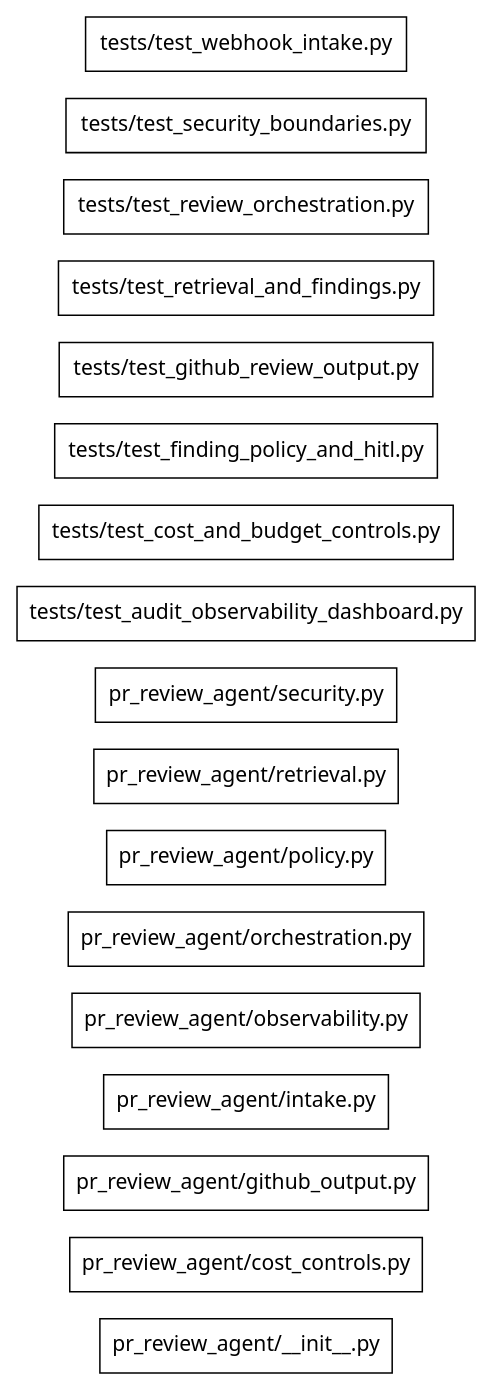
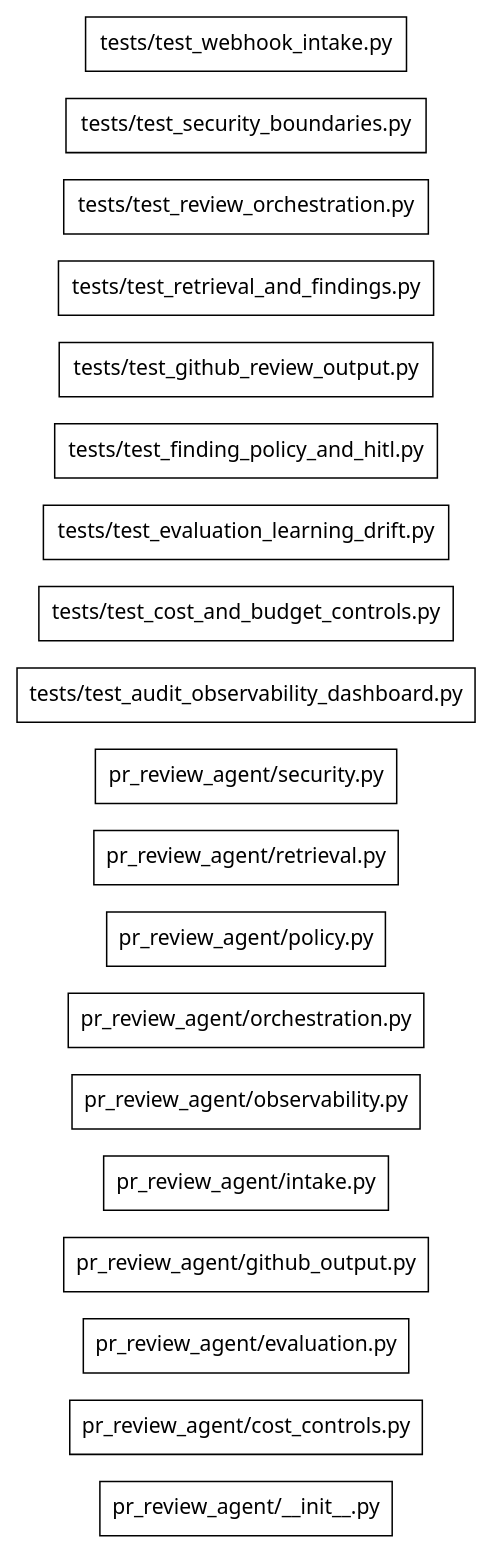
The diagram in .genesis/index/graph.dot (Ayush-Kant/PR-Review-Agent), drawn with Graphviz before and after one commit. The commit also changed 11 other files, not shown here.

Commit message:
feat: add evaluation and drift controls

```diff
--- a/.genesis/index/graph.dot
+++ b/.genesis/index/graph.dot
@@ -1,22 +1,24 @@
 digraph genesis {
   rankdir=LR;
   node [shape=box,fontname="system-ui"];
   "file:pr_review_agent/__init__.py" [label="pr_review_agent/__init__.py",class="file"];
   "file:pr_review_agent/cost_controls.py" [label="pr_review_agent/cost_controls.py",class="file"];
+  "file:pr_review_agent/evaluation.py" [label="pr_review_agent/evaluation.py",class="file"];
   "file:pr_review_agent/github_output.py" [label="pr_review_agent/github_output.py",class="file"];
   "file:pr_review_agent/intake.py" [label="pr_review_agent/intake.py",class="file"];
   "file:pr_review_agent/observability.py" [label="pr_review_agent/observability.py",class="file"];
   "file:pr_review_agent/orchestration.py" [label="pr_review_agent/orchestration.py",class="file"];
   "file:pr_review_agent/policy.py" [label="pr_review_agent/policy.py",class="file"];
   "file:pr_review_agent/retrieval.py" [label="pr_review_agent/retrieval.py",class="file"];
   "file:pr_review_agent/security.py" [label="pr_review_agent/security.py",class="file"];
   "file:tests/test_audit_observability_dashboard.py" [label="tests/test_audit_observability_dashboard.py",class="file"];
   "file:tests/test_cost_and_budget_controls.py" [label="tests/test_cost_and_budget_controls.py",class="file"];
+  "file:tests/test_evaluation_learning_drift.py" [label="tests/test_evaluation_learning_drift.py",class="file"];
   "file:tests/test_finding_policy_and_hitl.py" [label="tests/test_finding_policy_and_hitl.py",class="file"];
   "file:tests/test_github_review_output.py" [label="tests/test_github_review_output.py",class="file"];
   "file:tests/test_retrieval_and_findings.py" [label="tests/test_retrieval_and_findings.py",class="file"];
   "file:tests/test_review_orchestration.py" [label="tests/test_review_orchestration.py",class="file"];
   "file:tests/test_security_boundaries.py" [label="tests/test_security_boundaries.py",class="file"];
   "file:tests/test_webhook_intake.py" [label="tests/test_webhook_intake.py",class="file"];
 
 }
```
